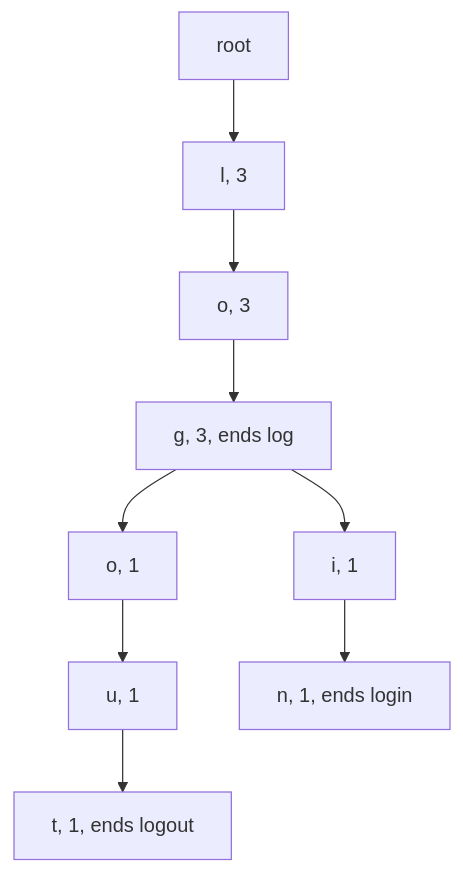
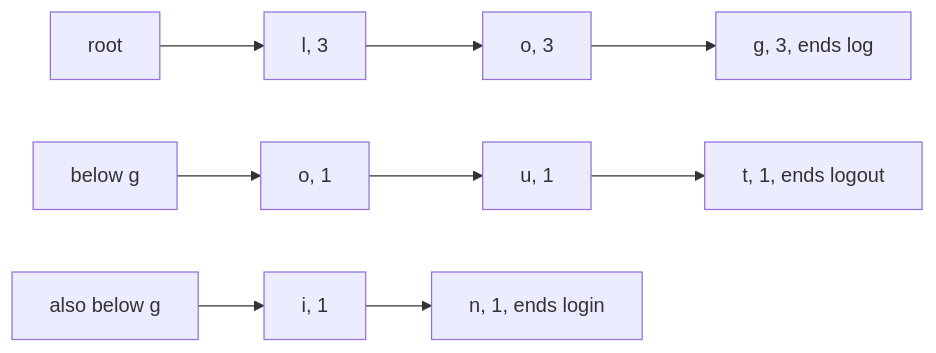
One commit to bkuberek/coding-study changed the diagram in guides/tries/guide.md. Above: the diagram before and after it, drawn with Mermaid. The commit also changed other lines of this file and 9 other files, not shown here.

````diff
--- a/guides/tries/guide.md
+++ b/guides/tries/guide.md
@@ -23,8 +23,8 @@
 ```mermaid
-flowchart TD
-  accTitle: The trie of log, login and logout, with counts
-  accDescr: From the root, l, o and g each have count 3, and g marks the end of log. Below g the path splits. One branch is i then n, each with count 1, and n marks the end of login. The other is o, u, t, each with count 1, and t marks the end of logout.
+flowchart LR
+  accTitle: The trie of log, login and logout, with counts, one path per row
+  accDescr: The first row is the shared path. From the root, l, o and g each have count 3, and g marks the end of log. The second row is one branch below g, o, u and t, each with count 1, where t marks the end of logout. The third row is the other branch below g, i and n, each with count 1, where n marks the end of login.
   root["root"] --> l["l, 3"] --> o["o, 3"] --> g["g, 3, ends log"]
-  g --> o2["o, 1"] --> u["u, 1"] --> t["t, 1, ends logout"]
-  g --> i["i, 1"] --> n["n, 1, ends login"]
+  below1["below g"] --> o2["o, 1"] --> u["u, 1"] --> t["t, 1, ends logout"]
+  below2["also below g"] --> i["i, 1"] --> n["n, 1, ends login"]
 ```
````
